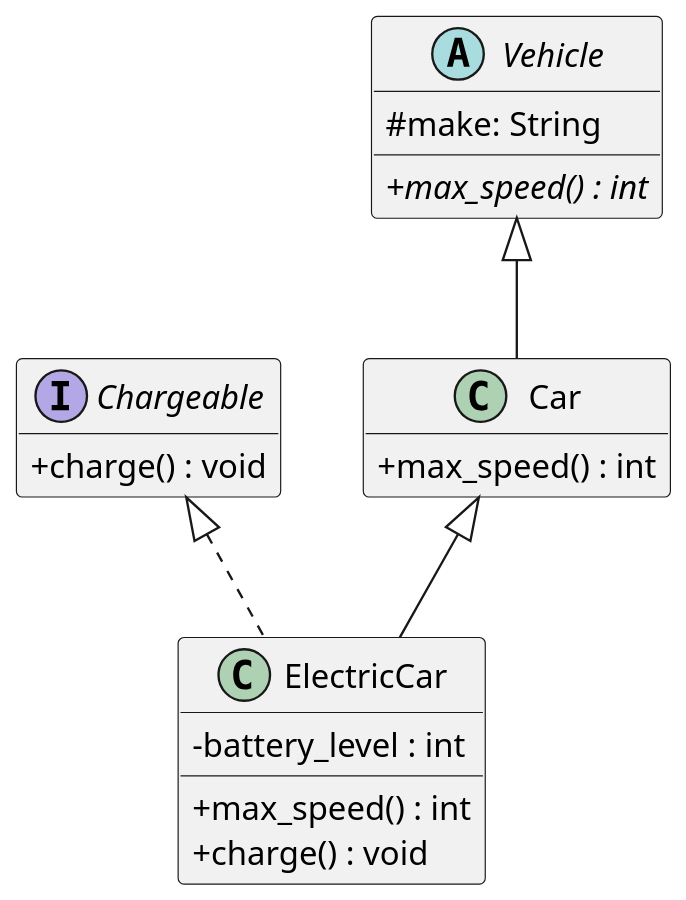
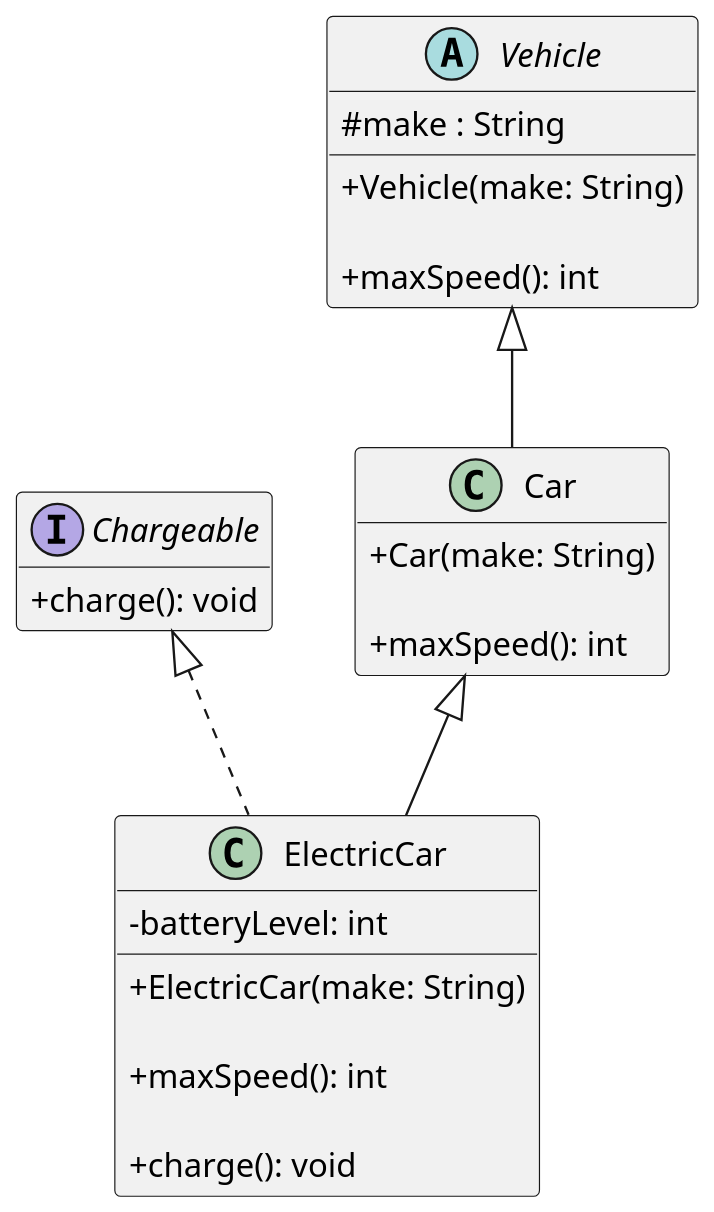
Before and after one commit to mndn-gh/207-course-notes: the diagram in plantuml/exercises/vehicles-uml-starter.puml, drawn with PlantUML.

Commit message:
uml starter new attempt

```diff
--- a/plantuml/exercises/vehicles-uml-starter.puml
+++ b/plantuml/exercises/vehicles-uml-starter.puml
@@ -1,49 +1,54 @@
 @startuml
 skinparam dpi 150
 skinparam classAttributeIconSize 0
 hide empty members
 
 ' Your task (Chapter 3, Question 2): draw the UML class diagram for the
 ' Vehicle / Car / ElectricCar / Chargeable code.
 '
 ' Define each type as a box, then connect them with the right arrows. One box
 ' (Chargeable) is filled in as an example — complete the other three and add the
 ' relationships.
 '
 ' PlantUML cheat-sheet:
 '   interface Name { + method() : Type }
 '   abstract class Name { # field : Type }
 '   class Name { - field : Type }
 '   Parent    <|-- Child    ' generalization: Child extends Parent
 '   Interface <|.. Class    ' realization:    Class implements Interface
 ' (Putting the parent/interface on the LEFT of the arrow keeps it on top.)
 
 interface Chargeable {
-  + charge() : void
+  + charge(): void
 }
 
-' TODO: add "abstract class Vehicle", "class Car", and "class ElectricCar"
-'       (with their fields and methods), then add the arrows between all four
-'       types.
+abstract class Vehicle {
+  # make : String
 
-abstract class Vehicle {
-  # make: String
-  + {abstract} max_speed() : int
+  + Vehicle(make: String)
+
+  + maxSpeed(): int
 }
 
 class Car {
-  + max_speed() : int
+  + Car(make: String)
+
+  + maxSpeed(): int
 }
 
 Vehicle <|-- Car
 
 class ElectricCar {
-  - battery_level : int
-  + max_speed() : int
-  + charge() : void
+  - batteryLevel: int
+
+  + ElectricCar(make: String)
+
+  + maxSpeed(): int
+
+  + charge(): void
 }
 
 Car <|-- ElectricCar
 Chargeable <|.. ElectricCar
 
 @enduml
```
